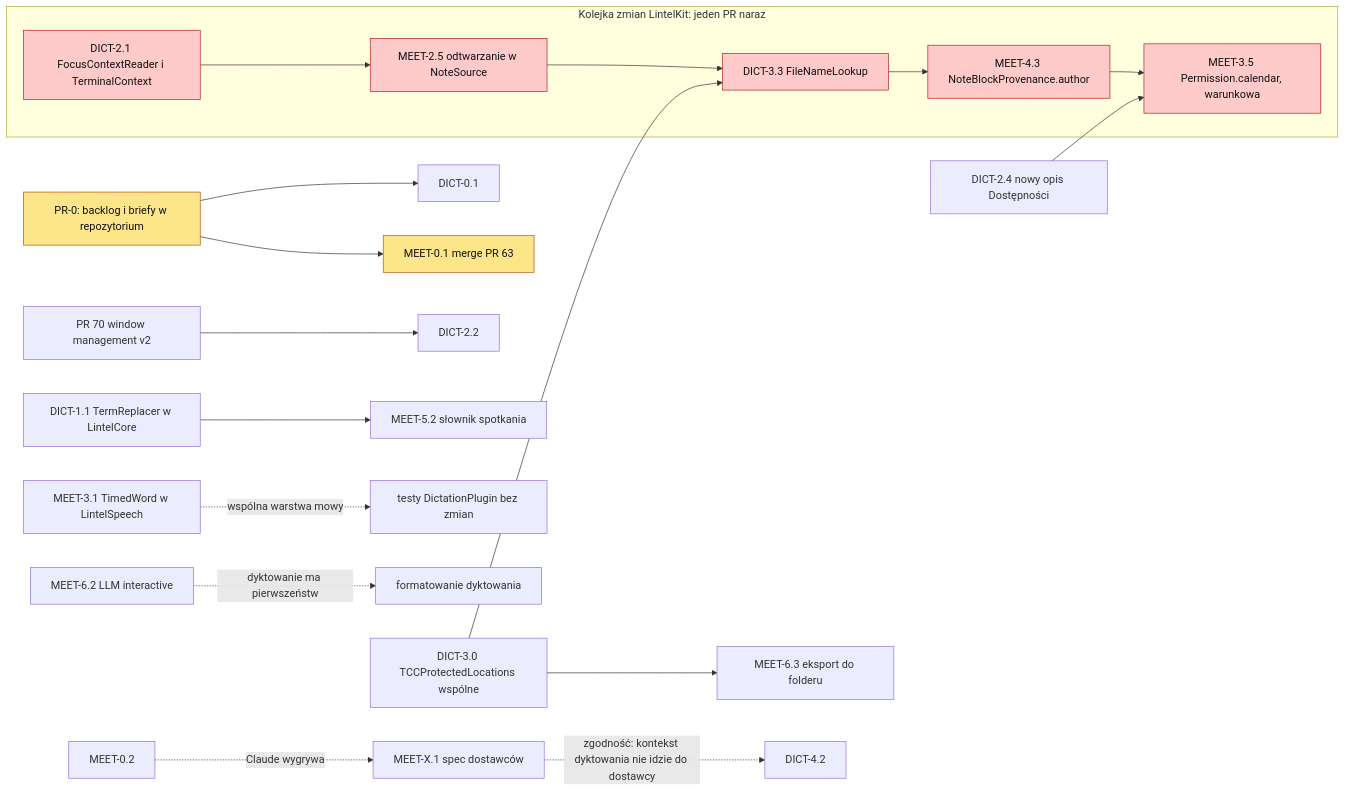
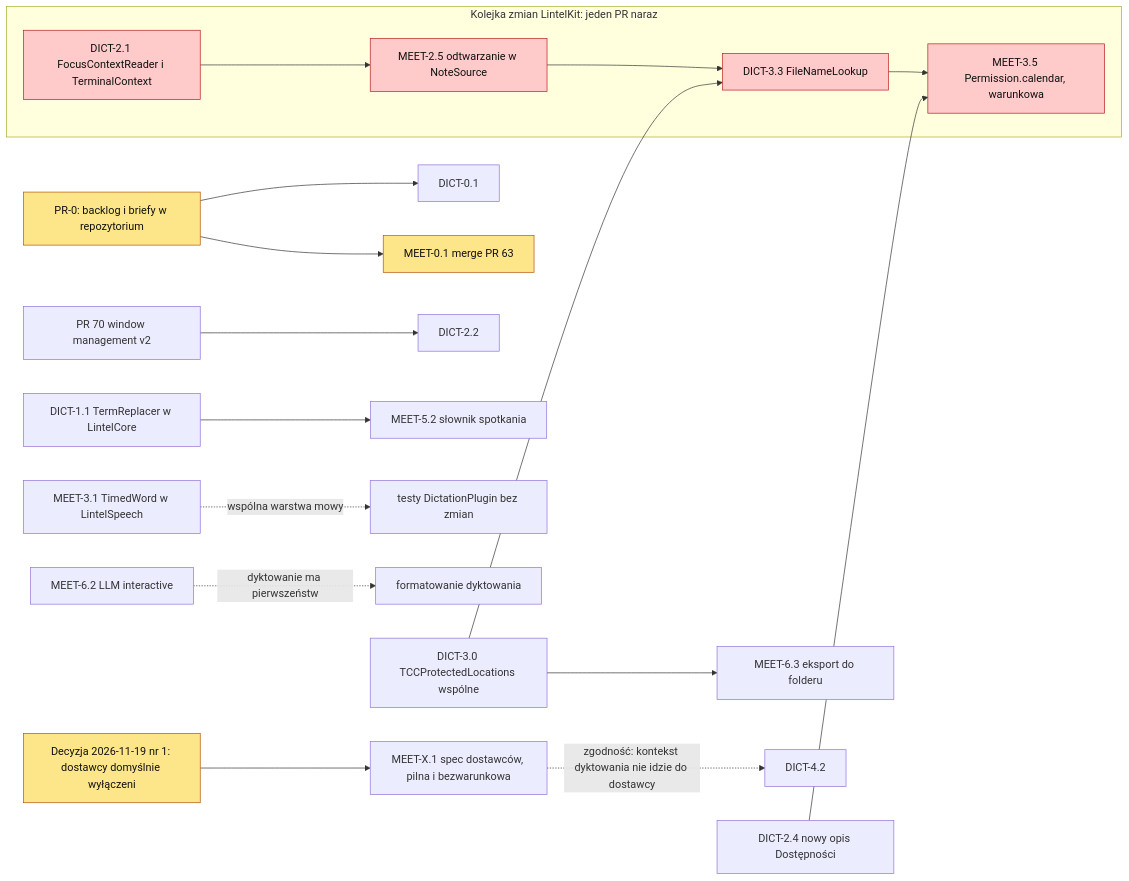
Before and after one commit to mjozefiak/Pounce: the diagram in .ai/specs/backlog/2026-11-13-backlog-overview.md, drawn with Mermaid. The commit also changed other lines of this file and 3 other files, not shown here.

````diff
--- a/.ai/specs/backlog/2026-11-13-backlog-overview.md
+++ b/.ai/specs/backlog/2026-11-13-backlog-overview.md
@@ -114,22 +115,22 @@
 ```mermaid
 flowchart LR
   classDef contract fill:#fecaca,color:#111,stroke:#b91c1c
   classDef owner fill:#fde68a,color:#111,stroke:#b45309
   PR0[PR-0: backlog i briefy w repozytorium]:::owner --> DICT01[DICT-0.1]
   PR0 --> MEET01[MEET-0.1 merge PR 63]:::owner
   PR70[PR 70 window management v2] --> DICT22[DICT-2.2]
   DICT11[DICT-1.1 TermReplacer w LintelCore] --> MEET52[MEET-5.2 słownik spotkania]
   subgraph KIT[Kolejka zmian LintelKit: jeden PR naraz]
     DICT21[DICT-2.1 FocusContextReader i TerminalContext]:::contract --> MEET25[MEET-2.5 odtwarzanie w NoteSource]:::contract
     MEET25 --> DICT33[DICT-3.3 FileNameLookup]:::contract
-    DICT33 --> MEET43[MEET-4.3 NoteBlockProvenance.author]:::contract
-    MEET43 --> MEET35[MEET-3.5 Permission.calendar, warunkowa]:::contract
+    DICT33 --> MEET35[MEET-3.5 Permission.calendar, warunkowa]:::contract
+    %% MEET-4.3 NoteBlockProvenance.author wycofana 2026-11-19, decyzja 4
   end
   DICT24[DICT-2.4 nowy opis Dostępności] --> MEET35
   DICT30[DICT-3.0 TCCProtectedLocations wspólne] --> DICT33
   DICT30 --> MEET63[MEET-6.3 eksport do folderu]
   MEET31[MEET-3.1 TimedWord w LintelSpeech] -.wspólna warstwa mowy.-> DICTany[testy DictationPlugin bez zmian]
   MEET62[MEET-6.2 LLM interactive] -.dyktowanie ma pierwszeństwo.-> DICTfmt[formatowanie dyktowania]
-  MEET02[MEET-0.2] -.Claude wygrywa.-> MEETX1[MEET-X.1 spec dostawców]
+  DEC1[Decyzja 2026-11-19 nr 1: dostawcy domyślnie wyłączeni]:::owner --> MEETX1[MEET-X.1 spec dostawców, pilna i bezwarunkowa]
   MEETX1 -.zgodność: kontekst dyktowania nie idzie do dostawcy.-> DICT42[DICT-4.2]
 ```
````
